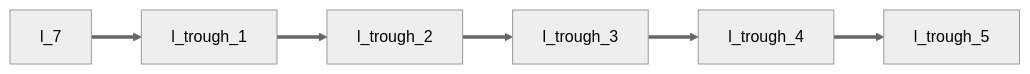
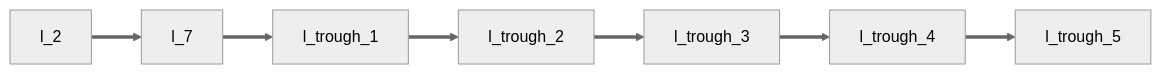
One commit to kevinclement/sureshot changed the third of 4 diagrams in lights-sequence.md. Above: the diagram before and after it, drawn with Mermaid (neutral theme). The commit also changed other lines of this file, not shown here.

````diff
--- a/lights-sequence.md
+++ b/lights-sequence.md
@@ -20,4 +20,4 @@
 ```mermaid
     flowchart LR
-        O["l_7"] ==> P["l_trough_1"] ==> Q["l_trough_2"] ==> R["l_trough_3"] ==> S["l_trough_4"] ==> T["l_trough_5"] 
+         N["l_2"] ==> O["l_7"] ==> P["l_trough_1"] ==> Q["l_trough_2"] ==> R["l_trough_3"] ==> S["l_trough_4"] ==> T["l_trough_5"] 
 ```
````
